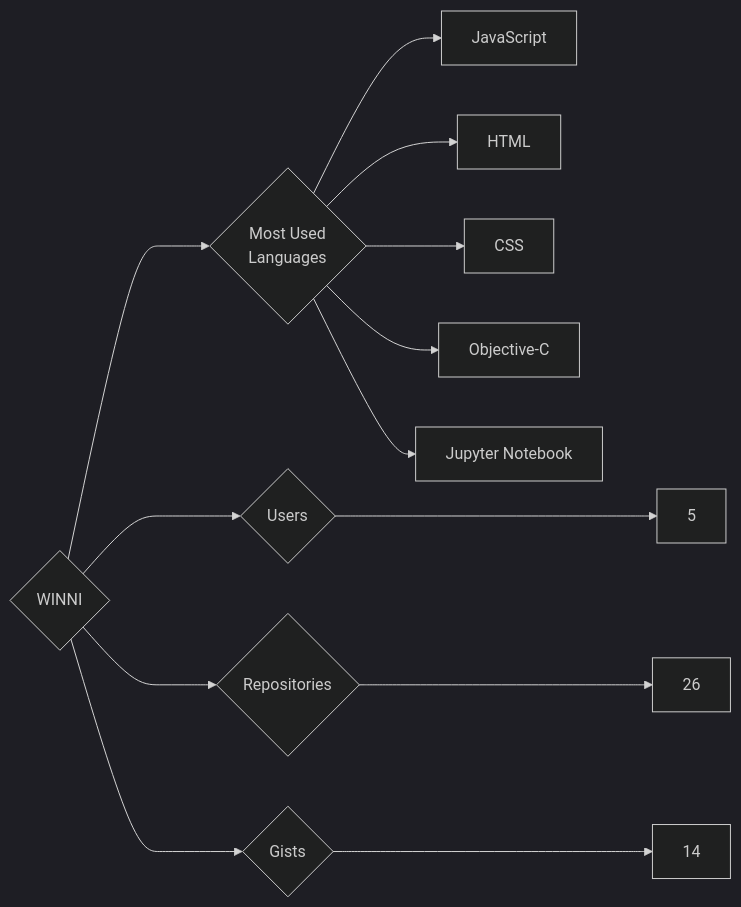
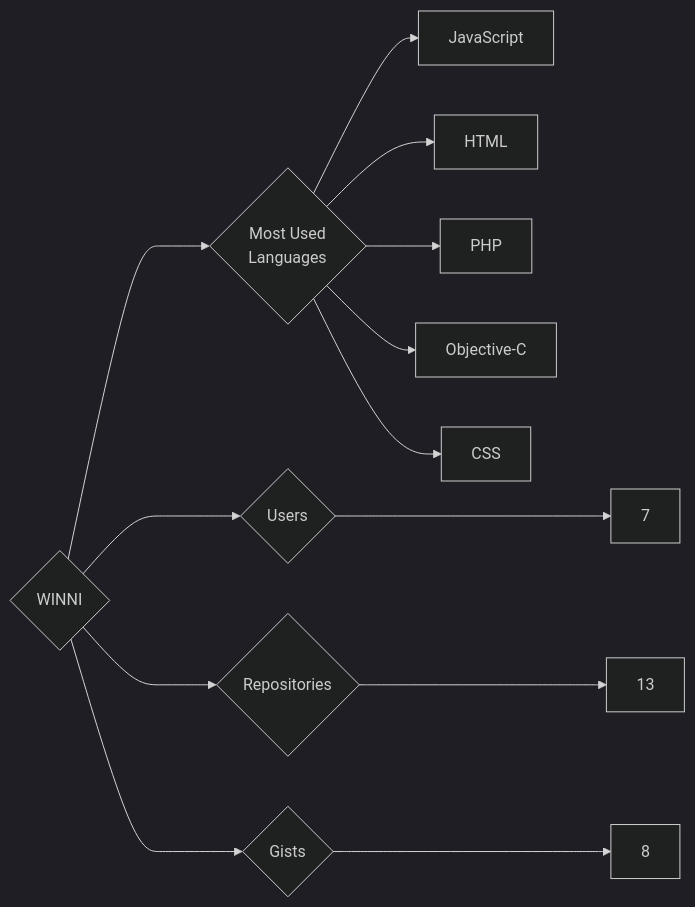
The diagram in targets/WINNI/README.md (trickest/insiders), drawn with Mermaid (dark theme) before and after one commit. The commit also changed 953 other files, not shown here.

````diff
--- a/targets/WINNI/README.md
+++ b/targets/WINNI/README.md
@@ -3,13 +3,13 @@
 ```mermaid
 graph LR
 COMPANY_NAME{WINNI}
-COMPANY_NAME ---> U{Users} ---> UN[5]
-COMPANY_NAME ---> R{Repositories} ---> RN[26]
-COMPANY_NAME ---> G{Gists} ---> GN[14]
+COMPANY_NAME ---> U{Users} ---> UN[7]
+COMPANY_NAME ---> R{Repositories} ---> RN[13]
+COMPANY_NAME ---> G{Gists} ---> GN[8]
 COMPANY_NAME ---> ML{Most Used<br>Languages}
 ML --> JavaScript[JavaScript]
 ML --> HTML[HTML]
+ML --> PHP[PHP]
+ML --> Objective-C[Objective-C]
 ML --> CSS[CSS]
-ML --> Objective-C[Objective-C]
-ML --> Jupyter_Notebook[Jupyter Notebook]
 ```
````
